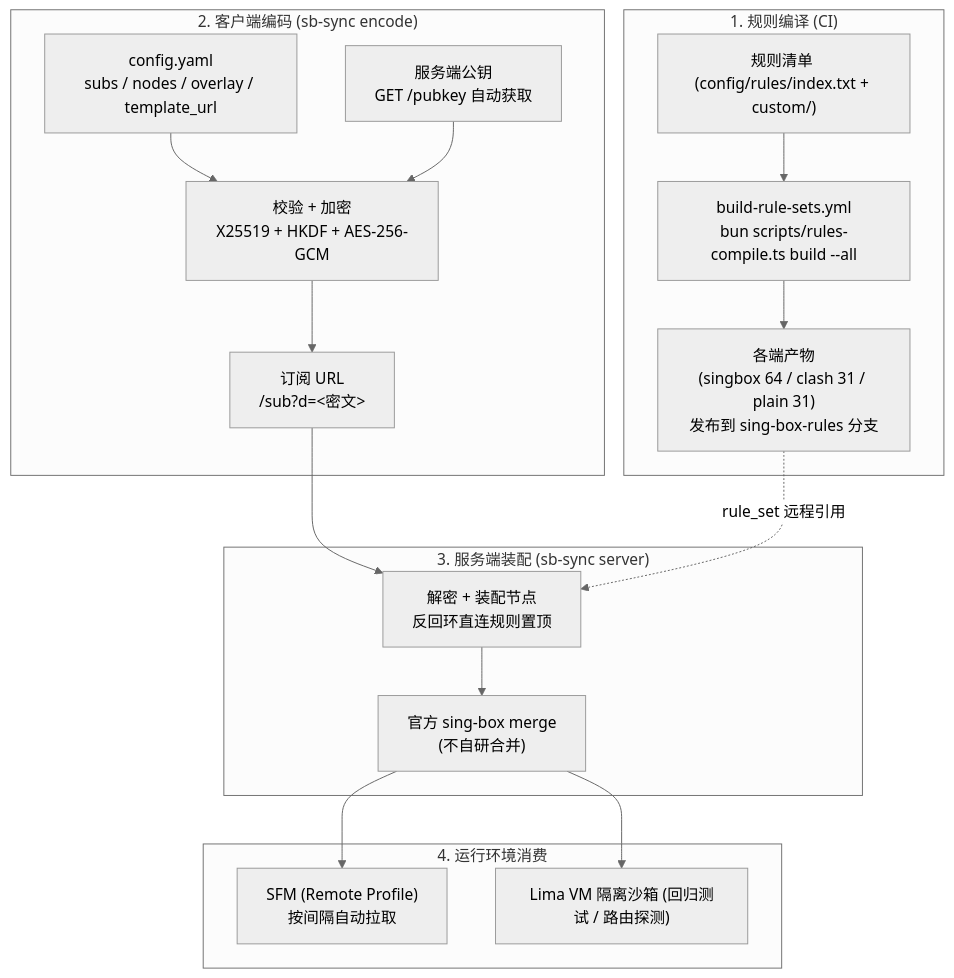
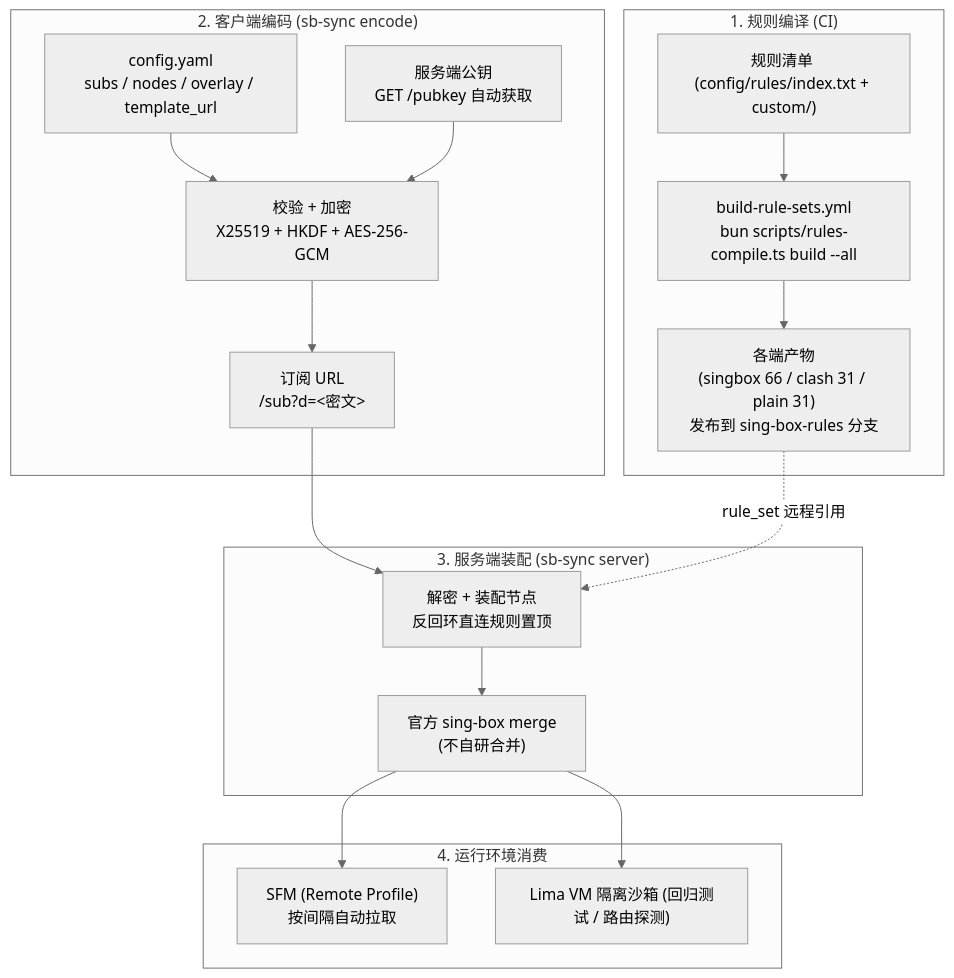
The first of 3 diagrams in docs/ARCH.md (shelken/proxy), drawn with Mermaid (neutral theme) before and after one commit. The commit also changed other lines of this file and 4 other files, not shown here.

````diff
--- a/docs/ARCH.md
+++ b/docs/ARCH.md
@@ -21,24 +24,24 @@
 ```mermaid
 flowchart TD
     subgraph S1 ["1. 规则编译 (CI)"]
         R_SRC["规则清单 (config/rules/index.txt + custom/)"] --> GHA["build-rule-sets.yml\nbun scripts/rules-compile.ts build --all"]
-        GHA --> R_BIN["各端产物\n(singbox 64 / clash 31 / plain 31)\n发布到 sing-box-rules 分支"]
+        GHA --> R_BIN["各端产物\n(singbox 66 / clash 31 / plain 31)\n发布到 sing-box-rules 分支"]
     end
 
     subgraph S2 ["2. 客户端编码 (sb-sync encode)"]
         YAML["config.yaml\nsubs / nodes / overlay / template_url"] --> ENC["校验 + 加密\nX25519 + HKDF + AES-256-GCM"]
         PK["服务端公钥\nGET /pubkey 自动获取"] --> ENC
         ENC --> URL["订阅 URL\n/sub?d=&lt;密文&gt;"]
     end
 
     subgraph S3 ["3. 服务端装配 (sb-sync server)"]
         URL --> SRV["解密 + 装配节点\n反回环直连规则置顶"]
         SRV --> MG["官方 sing-box merge\n(不自研合并)"]
         R_BIN -.->|rule_set 远程引用| SRV
     end
 
     subgraph S4 ["4. 运行环境消费"]
         MG --> SFM["SFM (Remote Profile)\n按间隔自动拉取"]
         MG --> SANDBOX["Lima VM 隔离沙箱 (回归测试 / 路由探测)"]
     end
 ```
````
